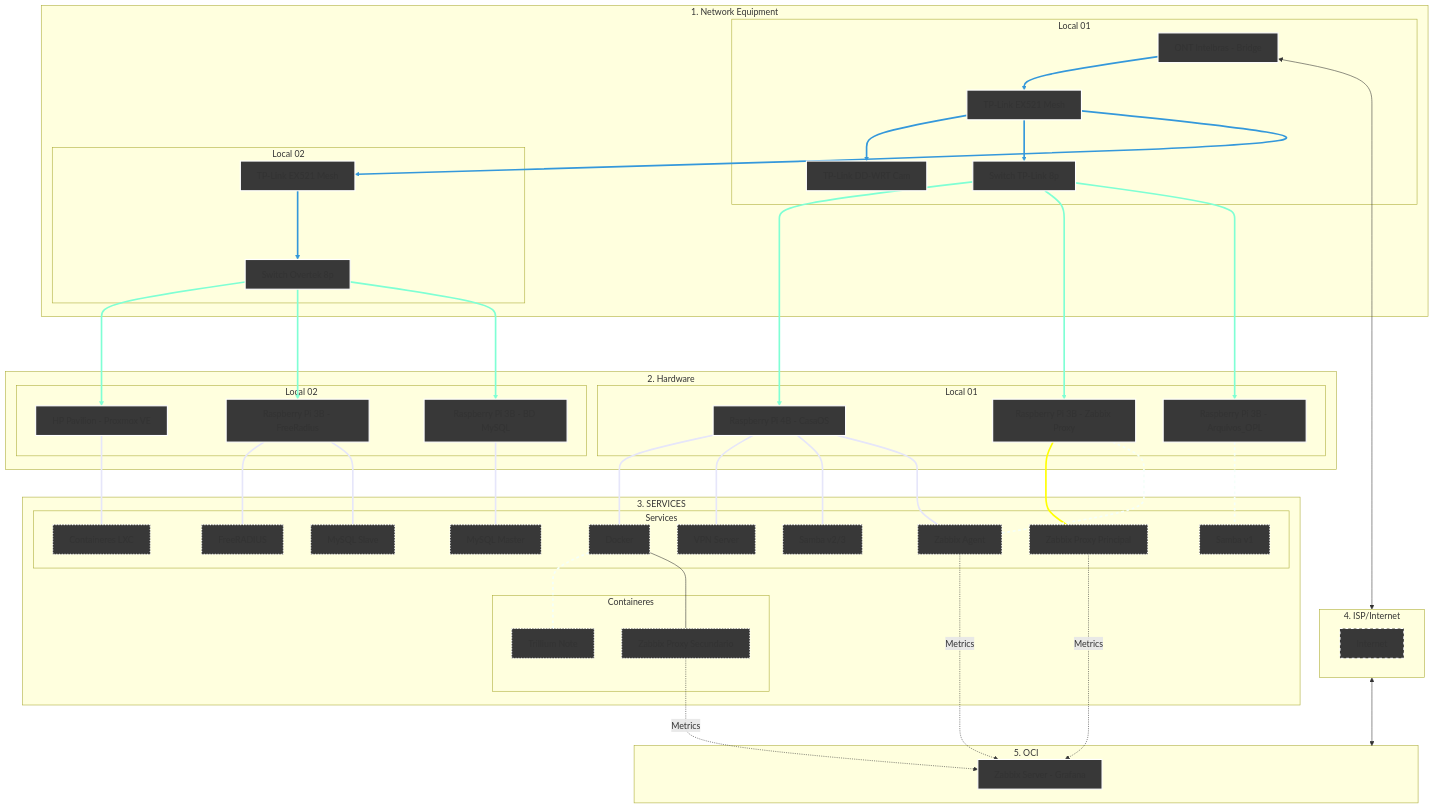
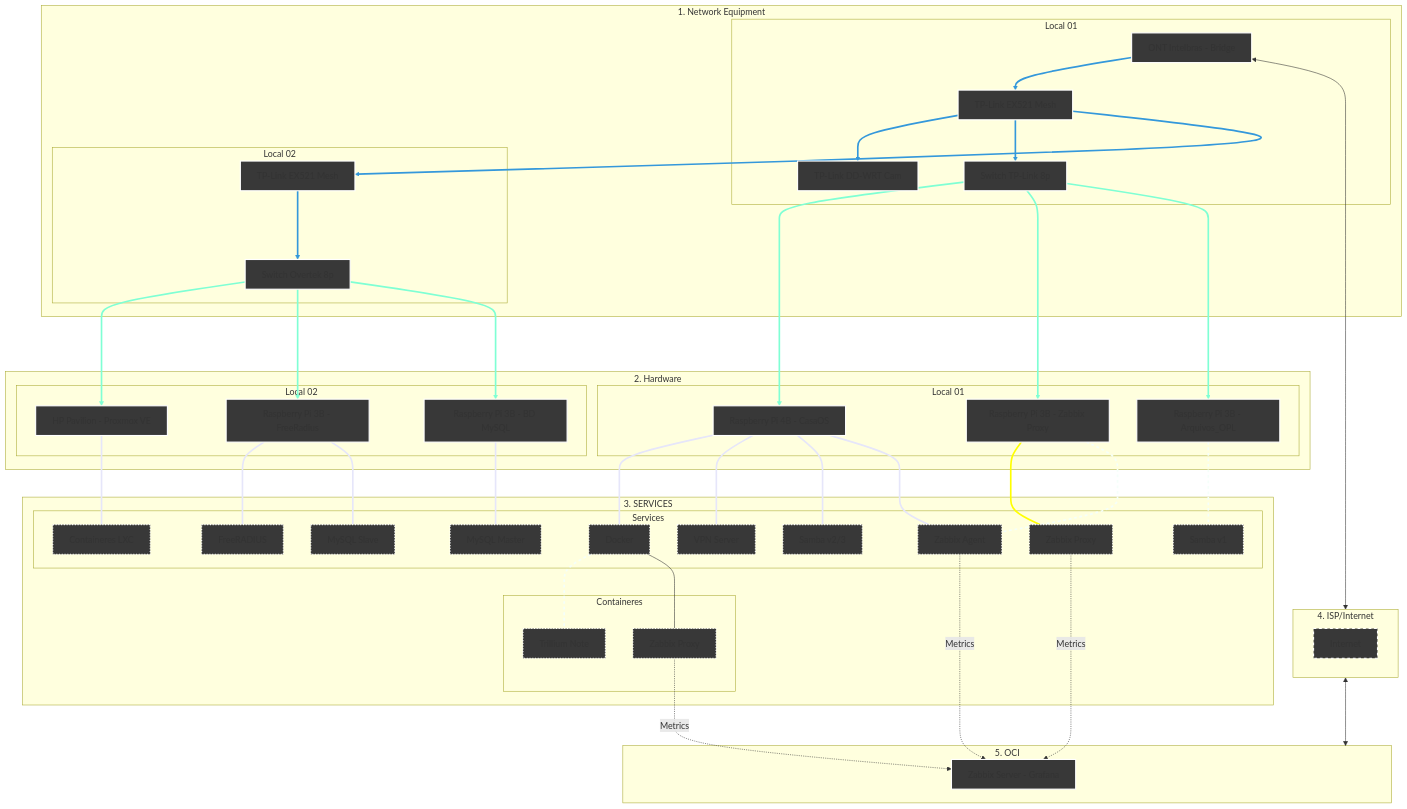
Before and after one commit to kevindexter22/Dr-Hardware-Autonet: the diagram in Infrastructure/README.md, drawn with Mermaid.

Commit message:
Correct Zabbix Proxy naming in README

```diff
--- a/Infrastructure/README.md
+++ b/Infrastructure/README.md
@@ -57,13 +57,13 @@
         RPi4B --- VPN[VPN Server]:::services
         RPi4B --- SMB2[Samba v2/3]:::services
         RPi4B --- ZA[Zabbix Agent]:::services
-        RPi3B_2 --- ZP01[Zabbix Proxy Principal]:::services
+        RPi3B_2 --- ZP01[Zabbix Proxy]:::services
         RPi3B_2 --- ZA[Zabbix Agent]:::services
         RPi3B_1 --- SMB1[Samba v1]:::services
     end
     subgraph S6 [Containeres];
         Docker --- Trillium[Trillium Note]:::services
-        Docker --- ZP02[Zabbix Proxy Secundario]:::services
+        Docker --- ZP02[Zabbix Proxy]:::services
     end
     end
 
```
